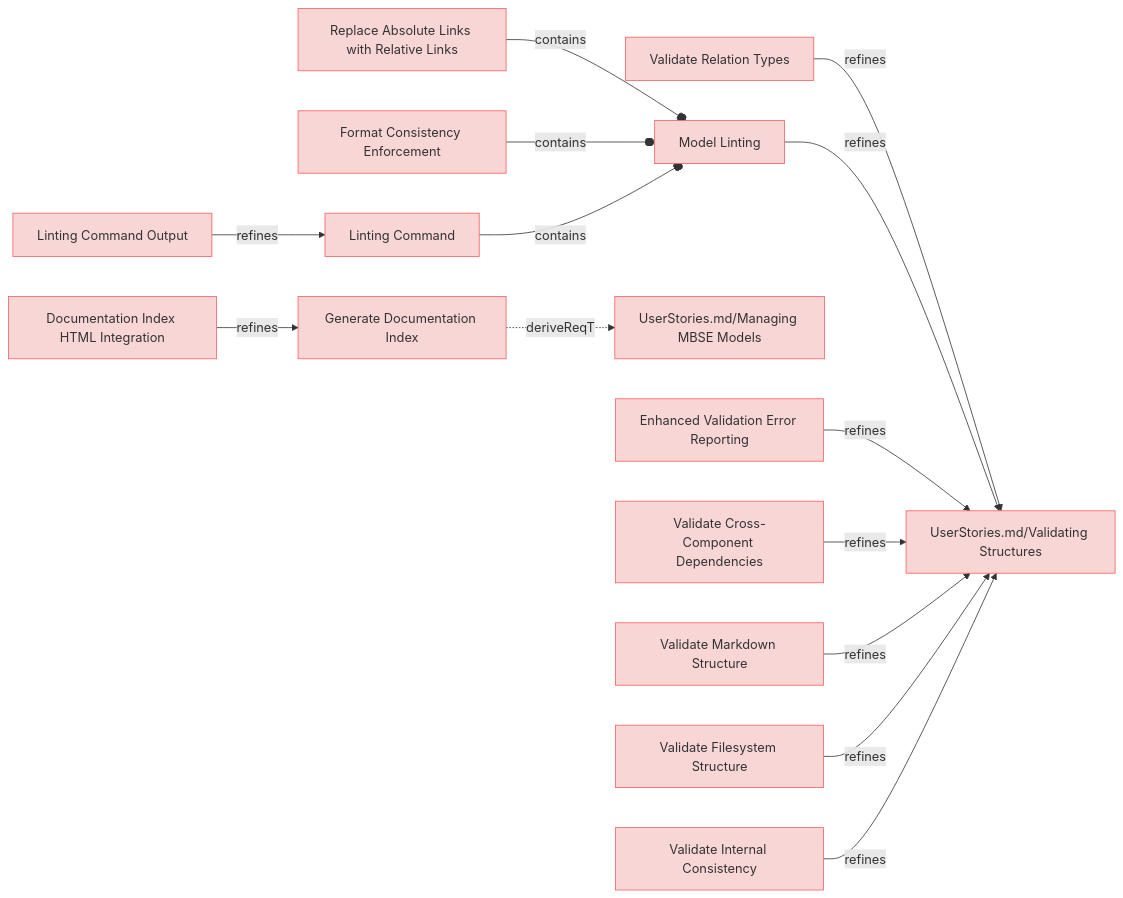
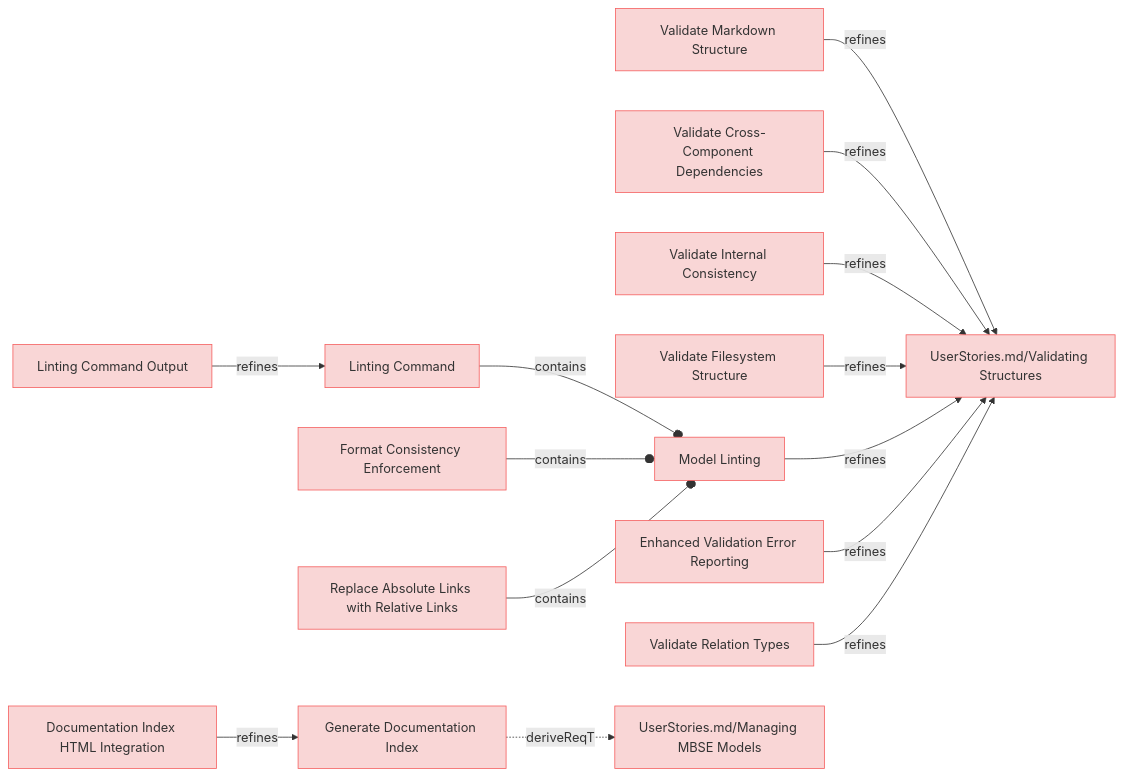
Before and after one commit to reqvire-org/reqvire: the third of 9 diagrams in specifications/UserRequirements.md, drawn with Mermaid. The commit also changed other lines of this file and 160 other files, not shown here.

````diff
--- a/specifications/UserRequirements.md
+++ b/specifications/UserRequirements.md
@@ -147,67 +147,67 @@
 ```mermaid
 graph LR;
   %% Graph styling
   classDef requirement fill:#f9d6d6,stroke:#f55f5f,stroke-width:1px;
   classDef verification fill:#d6f9d6,stroke:#5fd75f,stroke-width:1px;
   classDef externalLink fill:#d0e0ff,stroke:#3080ff,stroke-width:1px;
   classDef default fill:#f5f5f5,stroke:#333333,stroke-width:1px;
 
-  d5b992a94f4d6669["Validate Relation Types"];
-  click d5b992a94f4d6669 "https://github.com/ilijaljubicic/ReqFlow/blob/73d5ae1d93adea71fdf4cc508be4d1ae09be068f/specifications/UserRequirements.md#validate-relation-types";
-  class d5b992a94f4d6669 requirement;
-  725d90f6f42e9407["UserStories.md/Validating Structures"];
-  class 725d90f6f42e9407 requirement;
-  click 725d90f6f42e9407 "https://github.com/ilijaljubicic/ReqFlow/blob/73d5ae1d93adea71fdf4cc508be4d1ae09be068f/specifications/UserStories.md#validating-structures";
-  d5b992a94f4d6669 -->|refines| 725d90f6f42e9407;
-  d7e3e4aadbe49925["Replace Absolute Links with Relative Links"];
-  click d7e3e4aadbe49925 "https://github.com/ilijaljubicic/ReqFlow/blob/73d5ae1d93adea71fdf4cc508be4d1ae09be068f/specifications/UserRequirements.md#replace-absolute-links-with-relative-links";
-  class d7e3e4aadbe49925 requirement;
-  a479ae0b8d8c4fce["Model Linting"];
-  class a479ae0b8d8c4fce requirement;
-  click a479ae0b8d8c4fce "https://github.com/ilijaljubicic/ReqFlow/blob/73d5ae1d93adea71fdf4cc508be4d1ae09be068f/specifications/UserRequirements.md#model-linting";
-  d7e3e4aadbe49925 --o|contains| a479ae0b8d8c4fce;
-  b692557f47cee0f7["Format Consistency Enforcement"];
-  click b692557f47cee0f7 "https://github.com/ilijaljubicic/ReqFlow/blob/73d5ae1d93adea71fdf4cc508be4d1ae09be068f/specifications/UserRequirements.md#format-consistency-enforcement";
-  class b692557f47cee0f7 requirement;
-  b692557f47cee0f7 --o|contains| a479ae0b8d8c4fce;
-  a479ae0b8d8c4fce -->|refines| 725d90f6f42e9407;
-  fe8919c53f8115d7["Linting Command Output"];
-  click fe8919c53f8115d7 "https://github.com/ilijaljubicic/ReqFlow/blob/73d5ae1d93adea71fdf4cc508be4d1ae09be068f/specifications/UserRequirements.md#linting-command-output";
-  class fe8919c53f8115d7 requirement;
-  51a11693af2e41fb["Linting Command"];
-  class 51a11693af2e41fb requirement;
-  click 51a11693af2e41fb "https://github.com/ilijaljubicic/ReqFlow/blob/73d5ae1d93adea71fdf4cc508be4d1ae09be068f/specifications/UserRequirements.md#linting-command";
-  fe8919c53f8115d7 -->|refines| 51a11693af2e41fb;
-  9f579ceba1c84b17["Documentation Index HTML Integration"];
-  click 9f579ceba1c84b17 "https://github.com/ilijaljubicic/ReqFlow/blob/73d5ae1d93adea71fdf4cc508be4d1ae09be068f/specifications/UserRequirements.md#documentation-index-html-integration";
-  class 9f579ceba1c84b17 requirement;
-  c7c34d508e89ee3c["Generate Documentation Index"];
-  class c7c34d508e89ee3c requirement;
-  click c7c34d508e89ee3c "https://github.com/ilijaljubicic/ReqFlow/blob/73d5ae1d93adea71fdf4cc508be4d1ae09be068f/specifications/UserRequirements.md#generate-documentation-index";
-  9f579ceba1c84b17 -->|refines| c7c34d508e89ee3c;
-  a469d82e490f4e4["UserStories.md/Managing MBSE Models"];
-  class a469d82e490f4e4 requirement;
-  click a469d82e490f4e4 "https://github.com/ilijaljubicic/ReqFlow/blob/73d5ae1d93adea71fdf4cc508be4d1ae09be068f/specifications/UserStories.md#managing-mbse-models";
-  c7c34d508e89ee3c -.->|deriveReqT| a469d82e490f4e4;
-  51a11693af2e41fb --o|contains| a479ae0b8d8c4fce;
-  ad1bea65795cf377["Enhanced Validation Error Reporting"];
-  click ad1bea65795cf377 "https://github.com/ilijaljubicic/ReqFlow/blob/73d5ae1d93adea71fdf4cc508be4d1ae09be068f/specifications/UserRequirements.md#enhanced-validation-error-reporting";
-  class ad1bea65795cf377 requirement;
-  ad1bea65795cf377 -->|refines| 725d90f6f42e9407;
-  a6c1d4d1f6866aa8["Validate Cross-Component Dependencies"];
-  click a6c1d4d1f6866aa8 "https://github.com/ilijaljubicic/ReqFlow/blob/73d5ae1d93adea71fdf4cc508be4d1ae09be068f/specifications/UserRequirements.md#validate-cross-component-dependencies";
-  class a6c1d4d1f6866aa8 requirement;
-  a6c1d4d1f6866aa8 -->|refines| 725d90f6f42e9407;
-  cc431fdb7d8cadde["Validate Markdown Structure"];
-  click cc431fdb7d8cadde "https://github.com/ilijaljubicic/ReqFlow/blob/73d5ae1d93adea71fdf4cc508be4d1ae09be068f/specifications/UserRequirements.md#validate-markdown-structure";
-  class cc431fdb7d8cadde requirement;
-  cc431fdb7d8cadde -->|refines| 725d90f6f42e9407;
-  c95011b2518dcd9d["Validate Filesystem Structure"];
-  click c95011b2518dcd9d "https://github.com/ilijaljubicic/ReqFlow/blob/73d5ae1d93adea71fdf4cc508be4d1ae09be068f/specifications/UserRequirements.md#validate-filesystem-structure";
-  class c95011b2518dcd9d requirement;
-  c95011b2518dcd9d -->|refines| 725d90f6f42e9407;
-  38ec9e189e6980d7["Validate Internal Consistency"];
-  click 38ec9e189e6980d7 "https://github.com/ilijaljubicic/ReqFlow/blob/73d5ae1d93adea71fdf4cc508be4d1ae09be068f/specifications/UserRequirements.md#validate-internal-consistency";
-  class 38ec9e189e6980d7 requirement;
-  38ec9e189e6980d7 -->|refines| 725d90f6f42e9407;
+  b6ee889a6a1ac979["Validate Markdown Structure"];
+  click b6ee889a6a1ac979 "https://github.com/ilijaljubicic/Reqvire/blob/8a68ca1eab81bac7964085e47777a0a92447c6a5/specifications/UserRequirements.md#validate-markdown-structure";
+  class b6ee889a6a1ac979 requirement;
+  e411816051b86f1c["UserStories.md/Validating Structures"];
+  class e411816051b86f1c requirement;
+  click e411816051b86f1c "https://github.com/ilijaljubicic/Reqvire/blob/8a68ca1eab81bac7964085e47777a0a92447c6a5/specifications/UserStories.md#validating-structures";
+  b6ee889a6a1ac979 -->|refines| e411816051b86f1c;
+  3197771fa6f58185["Documentation Index HTML Integration"];
+  click 3197771fa6f58185 "https://github.com/ilijaljubicic/Reqvire/blob/8a68ca1eab81bac7964085e47777a0a92447c6a5/specifications/UserRequirements.md#documentation-index-html-integration";
+  class 3197771fa6f58185 requirement;
+  a0f45824211bff87["Generate Documentation Index"];
+  class a0f45824211bff87 requirement;
+  click a0f45824211bff87 "https://github.com/ilijaljubicic/Reqvire/blob/8a68ca1eab81bac7964085e47777a0a92447c6a5/specifications/UserRequirements.md#generate-documentation-index";
+  3197771fa6f58185 -->|refines| a0f45824211bff87;
+  a830c3c9ac9cf1a9["Validate Cross-Component Dependencies"];
+  click a830c3c9ac9cf1a9 "https://github.com/ilijaljubicic/Reqvire/blob/8a68ca1eab81bac7964085e47777a0a92447c6a5/specifications/UserRequirements.md#validate-cross-component-dependencies";
+  class a830c3c9ac9cf1a9 requirement;
+  a830c3c9ac9cf1a9 -->|refines| e411816051b86f1c;
+  944bd4459db32d65["Validate Internal Consistency"];
+  click 944bd4459db32d65 "https://github.com/ilijaljubicic/Reqvire/blob/8a68ca1eab81bac7964085e47777a0a92447c6a5/specifications/UserRequirements.md#validate-internal-consistency";
+  class 944bd4459db32d65 requirement;
+  944bd4459db32d65 -->|refines| e411816051b86f1c;
+  b92914a9715d4d36["Validate Filesystem Structure"];
+  click b92914a9715d4d36 "https://github.com/ilijaljubicic/Reqvire/blob/8a68ca1eab81bac7964085e47777a0a92447c6a5/specifications/UserRequirements.md#validate-filesystem-structure";
+  class b92914a9715d4d36 requirement;
+  b92914a9715d4d36 -->|refines| e411816051b86f1c;
+  36d76b90ace3a564["Model Linting"];
+  click 36d76b90ace3a564 "https://github.com/ilijaljubicic/Reqvire/blob/8a68ca1eab81bac7964085e47777a0a92447c6a5/specifications/UserRequirements.md#model-linting";
+  class 36d76b90ace3a564 requirement;
+  36d76b90ace3a564 -->|refines| e411816051b86f1c;
+  20193d4c951bb5d8["Enhanced Validation Error Reporting"];
+  click 20193d4c951bb5d8 "https://github.com/ilijaljubicic/Reqvire/blob/8a68ca1eab81bac7964085e47777a0a92447c6a5/specifications/UserRequirements.md#enhanced-validation-error-reporting";
+  class 20193d4c951bb5d8 requirement;
+  20193d4c951bb5d8 -->|refines| e411816051b86f1c;
+  5862305273e75e10["Linting Command Output"];
+  click 5862305273e75e10 "https://github.com/ilijaljubicic/Reqvire/blob/8a68ca1eab81bac7964085e47777a0a92447c6a5/specifications/UserRequirements.md#linting-command-output";
+  class 5862305273e75e10 requirement;
+  f1de164cd9ee3fd["Linting Command"];
+  class f1de164cd9ee3fd requirement;
+  click f1de164cd9ee3fd "https://github.com/ilijaljubicic/Reqvire/blob/8a68ca1eab81bac7964085e47777a0a92447c6a5/specifications/UserRequirements.md#linting-command";
+  5862305273e75e10 -->|refines| f1de164cd9ee3fd;
+  f1de164cd9ee3fd --o|contains| 36d76b90ace3a564;
+  43bbec4721cc6a68["Format Consistency Enforcement"];
+  click 43bbec4721cc6a68 "https://github.com/ilijaljubicic/Reqvire/blob/8a68ca1eab81bac7964085e47777a0a92447c6a5/specifications/UserRequirements.md#format-consistency-enforcement";
+  class 43bbec4721cc6a68 requirement;
+  43bbec4721cc6a68 --o|contains| 36d76b90ace3a564;
+  46eca65b8a17dbc5["Validate Relation Types"];
+  click 46eca65b8a17dbc5 "https://github.com/ilijaljubicic/Reqvire/blob/8a68ca1eab81bac7964085e47777a0a92447c6a5/specifications/UserRequirements.md#validate-relation-types";
+  class 46eca65b8a17dbc5 requirement;
+  46eca65b8a17dbc5 -->|refines| e411816051b86f1c;
+  f95a63db50140538["Replace Absolute Links with Relative Links"];
+  click f95a63db50140538 "https://github.com/ilijaljubicic/Reqvire/blob/8a68ca1eab81bac7964085e47777a0a92447c6a5/specifications/UserRequirements.md#replace-absolute-links-with-relative-links";
+  class f95a63db50140538 requirement;
+  f95a63db50140538 --o|contains| 36d76b90ace3a564;
+  1902659ed14c4615["UserStories.md/Managing MBSE Models"];
+  class 1902659ed14c4615 requirement;
+  click 1902659ed14c4615 "https://github.com/ilijaljubicic/Reqvire/blob/8a68ca1eab81bac7964085e47777a0a92447c6a5/specifications/UserStories.md#managing-mbse-models";
+  a0f45824211bff87 -.->|deriveReqT| 1902659ed14c4615;
 ```
````
